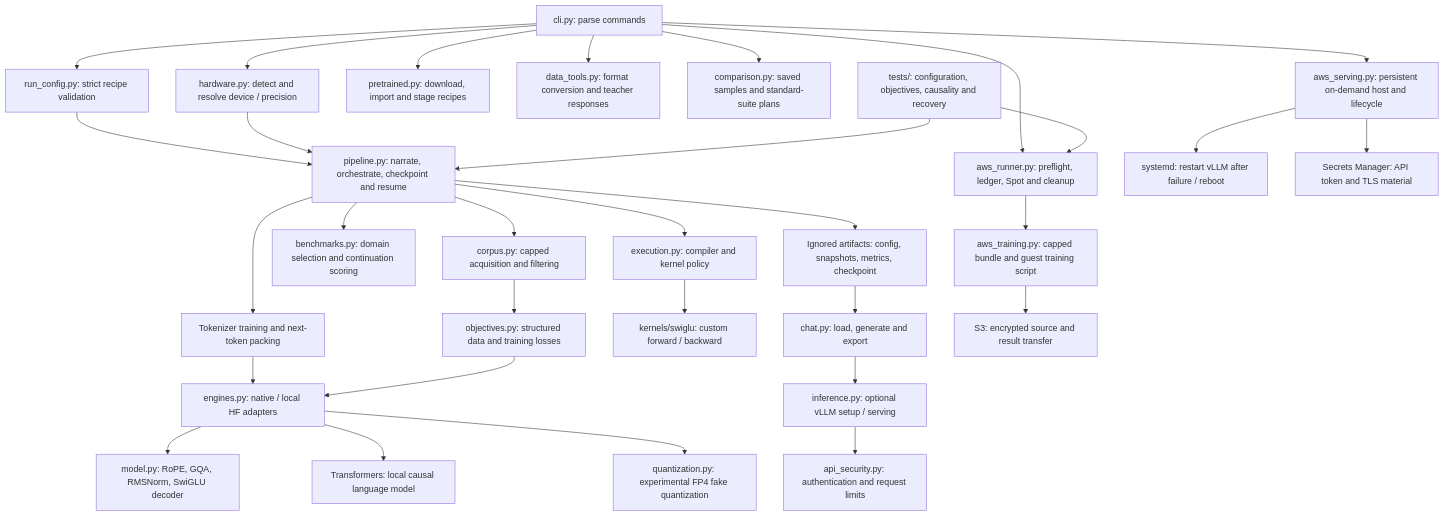
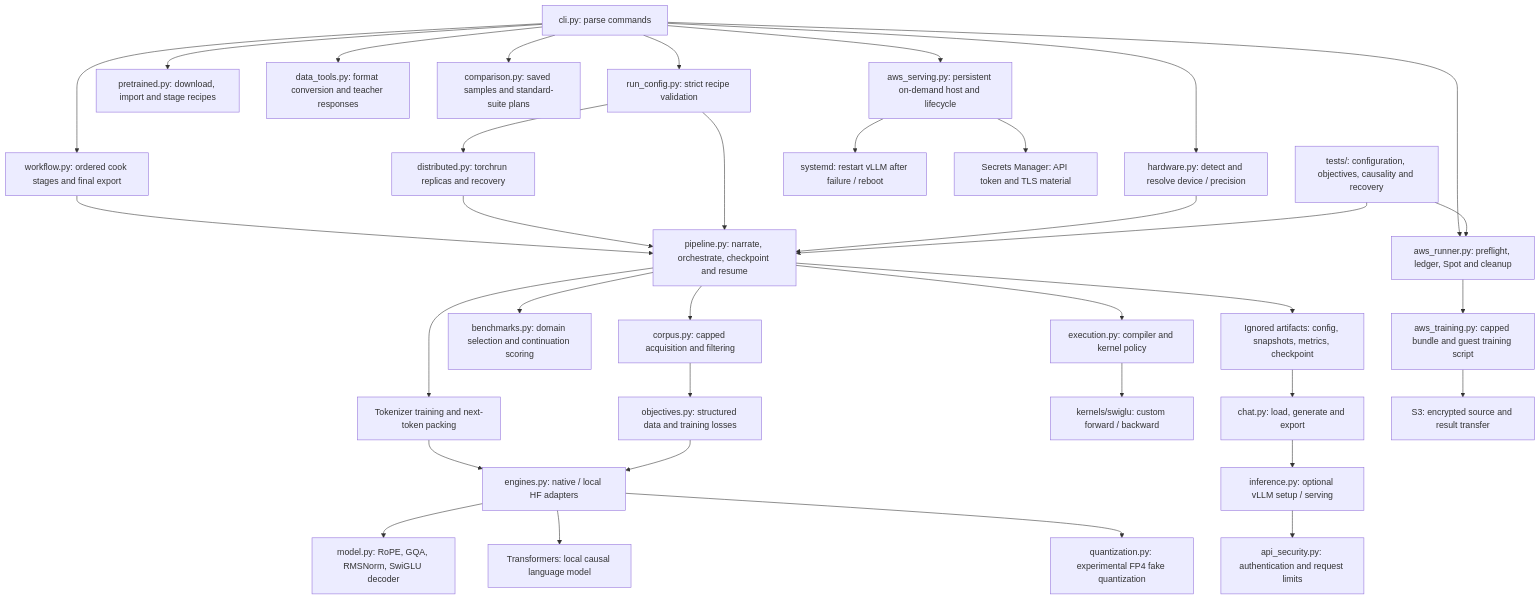
Before and after one commit to ashaytamhane/modelchef: the second of 2 diagrams in README.md, drawn with Mermaid. The commit also changed other lines of this file and 64 other files, not shown here.

````diff
--- a/README.md
+++ b/README.md
@@ -1207,33 +1290,37 @@
 ```mermaid
 flowchart TD
     CLI[cli.py: parse commands] --> Config[run_config.py: strict recipe validation]
+    CLI --> Cook[workflow.py: ordered cook stages and final export]
+    Cook --> Pipeline
+    Config --> DDP[distributed.py: torchrun replicas and recovery]
+    DDP --> Pipeline
     CLI --> HW[hardware.py: detect and resolve device / precision]
     CLI --> PT[pretrained.py: download, import and stage recipes]
     CLI --> Tools[data_tools.py: format conversion and teacher responses]
     CLI --> Compare[comparison.py: saved samples and standard-suite plans]
     Config --> Pipeline[pipeline.py: narrate, orchestrate, checkpoint and resume]
     HW --> Pipeline
     Pipeline --> Corpus[corpus.py: capped acquisition and filtering]
     Pipeline --> Bench[benchmarks.py: domain selection and continuation scoring]
     Pipeline --> Pack[Tokenizer training and next-token packing]
     Corpus --> Objective[objectives.py: structured data and training losses]
     Pack --> Engine[engines.py: native / local HF adapters]
     Objective --> Engine
     Pipeline --> Execution[execution.py: compiler and kernel policy]
     Execution --> CUDA[kernels/swiglu: custom forward / backward]
     Engine --> Native[model.py: RoPE, GQA, RMSNorm, SwiGLU decoder]
     Engine --> HF[Transformers: local causal language model]
     Engine --> Quant[quantization.py: experimental FP4 fake quantization]
     Pipeline --> Saved[Ignored artifacts: config, snapshots, metrics, checkpoint]
     Saved --> Chat[chat.py: load, generate and export]
     Chat --> VLLM[inference.py: optional vLLM setup / serving]
     VLLM --> Security[api_security.py: authentication and request limits]
     CLI --> Spot[aws_runner.py: preflight, ledger, Spot and cleanup]
     CLI --> Hosting[aws_serving.py: persistent on-demand host and lifecycle]
     Hosting --> Service[systemd: restart vLLM after failure / reboot]
     Hosting --> Secret[Secrets Manager: API token and TLS material]
     Spot --> Bundle[aws_training.py: capped bundle and guest training script]
     Bundle --> S3[S3: encrypted source and result transfer]
     Tests[tests/: configuration, objectives, causality and recovery] --> Pipeline
     Tests --> Spot
 ```
````
